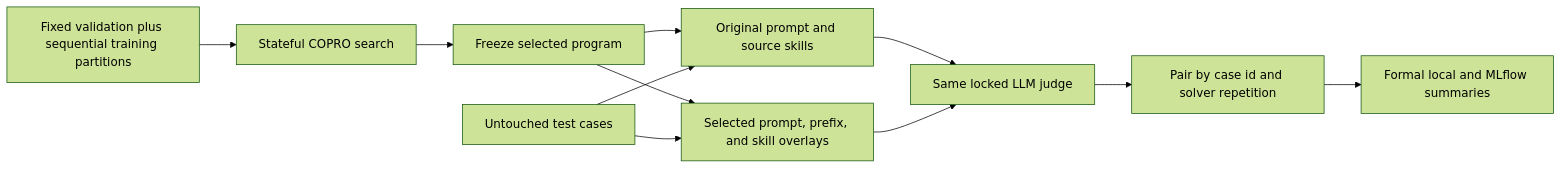
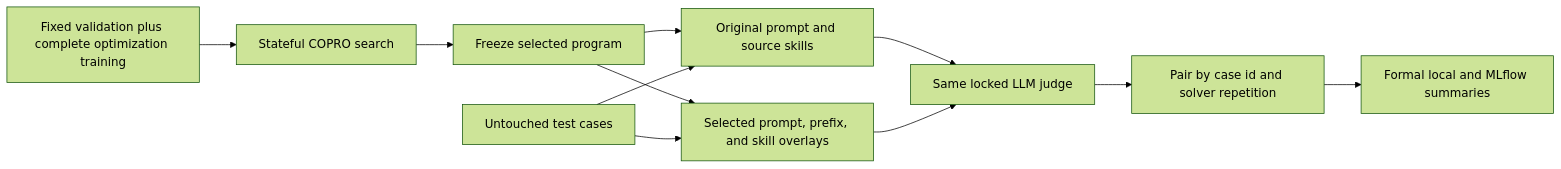
Before and after one commit to mainsequence-sdk/repo-agent-eval: the diagram in docs/architecture/008-paired-copro-evaluation-and-formal-reporting.md, drawn with Mermaid (forest theme). The commit also changed other lines of this file and 516 other files, not shown here.

Commit message:
feat: factorize COPRO optimization scopes

````diff
--- a/docs/architecture/008-paired-copro-evaluation-and-formal-reporting.md
+++ b/docs/architecture/008-paired-copro-evaluation-and-formal-reporting.md
@@ -26,13 +30,13 @@
 ```mermaid
 flowchart LR
-    Train[Fixed validation plus sequential training partitions] --> Search[Stateful COPRO search]
+    Train[Fixed validation plus complete optimization training] --> Search[Stateful COPRO search]
     Search --> Freeze[Freeze selected program]
     Freeze --> Baseline[Original prompt and source skills]
     Freeze --> Optimized[Selected prompt, prefix, and skill overlays]
     Test[Untouched test cases] --> Baseline
     Test --> Optimized
     Baseline --> Judge[Same locked LLM judge]
     Optimized --> Judge
     Judge --> Pair[Pair by case id and solver repetition]
     Pair --> Report[Formal local and MLflow summaries]
 ```
````
